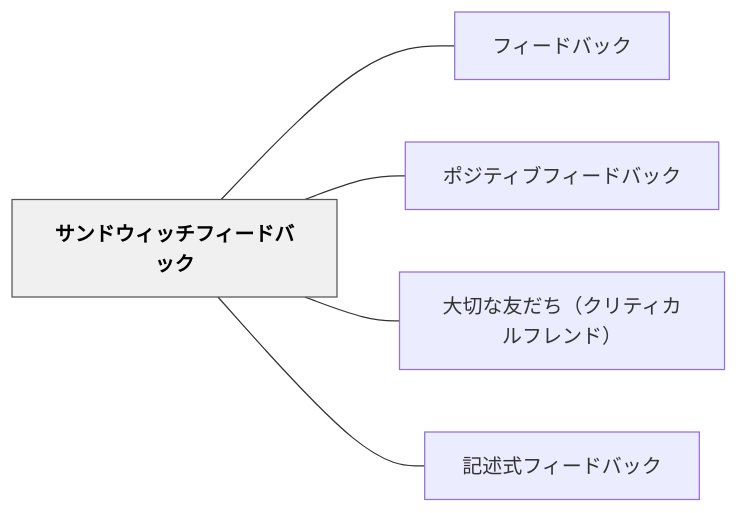
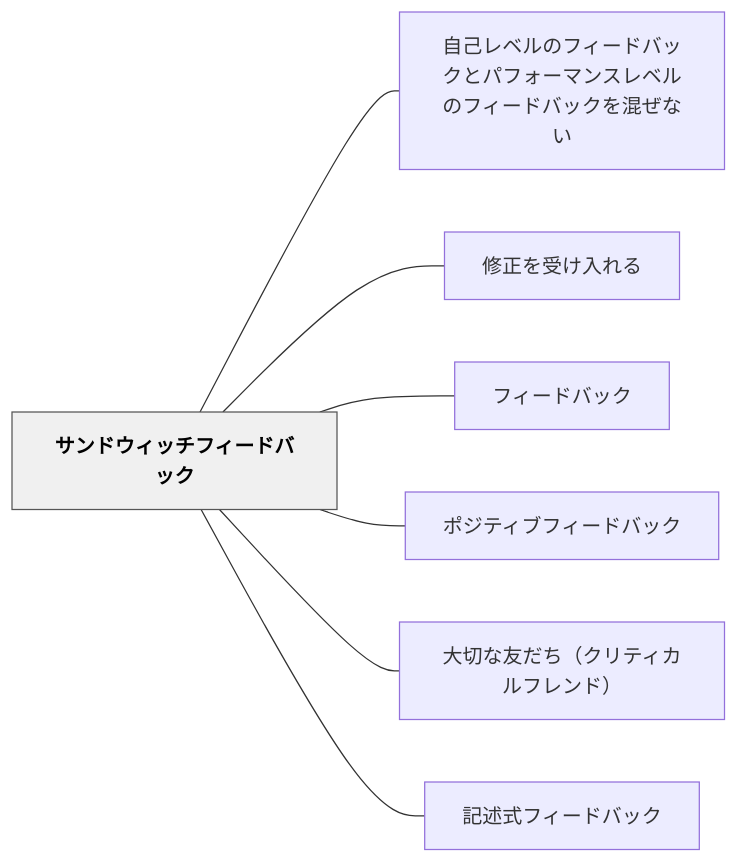
One commit to unknownthings-ed-patterns/unknownthings-ed-patterns changed the diagram in content/パタン/サンドウィッチフィードバック.md. Above: the diagram before and after it, drawn with Mermaid. The commit also changed other lines of this file and 473 other files, not shown here.

````diff
--- a/content/パタン/サンドウィッチフィードバック.md
+++ b/content/パタン/サンドウィッチフィードバック.md
@@ -62,16 +64,20 @@
 ```mermaid
 flowchart LR
     ne382b5e383b3["サンドウィッチフィードバック"]
+    ne887aae5b7b1["自己レベルのフィードバックとパフォーマンスレベルのフィードバックを混ぜない"]
+    ne4bfaee6ada3["修正を受け入れる"]
     ne38395e382a3["フィードバック"]
     ne3839de382b8["ポジティブフィードバック"]
     ne5a4a7e58887["大切な友だち（クリティカルフレンド）"]
     ne8a898e8bfb0["記述式フィードバック"]
 
+    ne382b5e383b3 --- ne887aae5b7b1
+    ne382b5e383b3 --- ne4bfaee6ada3
     ne382b5e383b3 --- ne38395e382a3
     ne382b5e383b3 --- ne3839de382b8
     ne382b5e383b3 --- ne5a4a7e58887
     ne382b5e383b3 --- ne8a898e8bfb0
 
     classDef hub fill:#f0f0f0,stroke:#555,color:#000,font-weight:bold
     class ne382b5e383b3 hub
 ```
````
